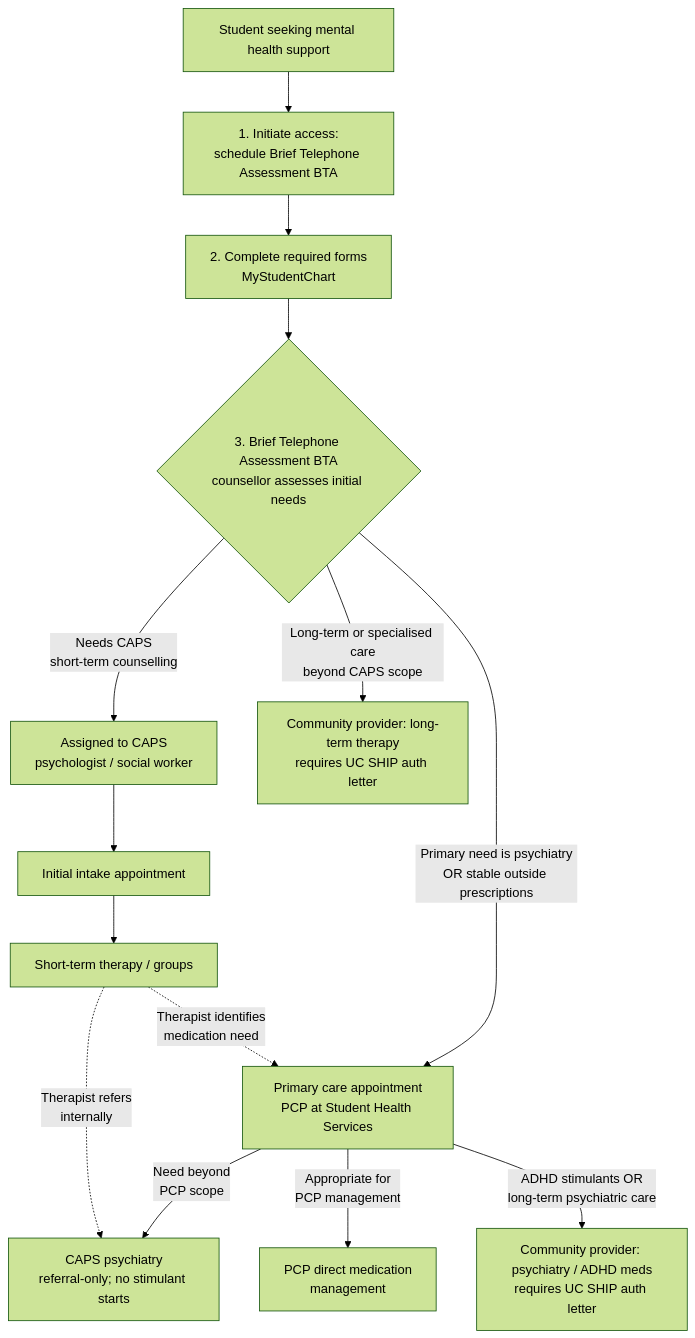
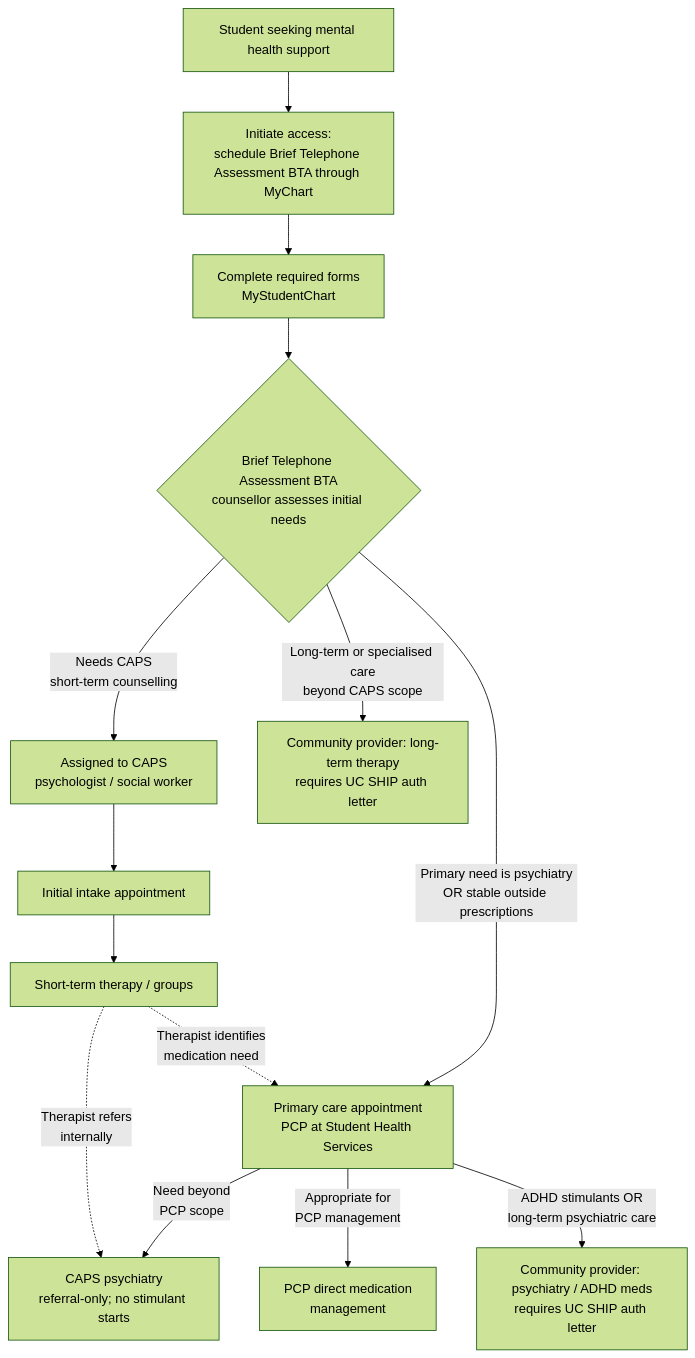
The diagram in docs/resources/health.md (pgc-ucsd/wiki), drawn with Mermaid (forest theme) before and after one commit. The commit also changed other lines of this file and 4 other files, not shown here.

````diff
--- a/docs/resources/health.md
+++ b/docs/resources/health.md
@@ -62,20 +59,20 @@
 ```mermaid
 graph TD
-    Start[Student seeking mental health support] --> Access[1. Initiate access:<br>schedule Brief Telephone Assessment BTA]
-    Access --> Forms[2. Complete required forms<br>MyStudentChart]
-    Forms --> BTA_Appt{3. Brief Telephone Assessment BTA<br>counsellor assesses initial needs}
+    Start[Student seeking mental health support] --> Access[Initiate access:<br>schedule Brief Telephone Assessment BTA through MyChart]
+    Access --> Forms[Complete required forms<br>MyStudentChart]
+    Forms --> BTA_Appt{Brief Telephone Assessment BTA<br>counsellor assesses initial needs}
 
     BTA_Appt -- Needs CAPS<br>short-term counselling --> CAPS_Counselor[Assigned to CAPS<br>psychologist / social worker]
     CAPS_Counselor --> Intake[Initial intake appointment]
     Intake --> Therapy[Short-term therapy / groups]
 
     Therapy -. Therapist identifies<br>medication need .-> SHS_PCP
     Therapy -. Therapist refers<br>internally .-> CAPS_Psychiatry
 
     BTA_Appt -- Primary need is psychiatry<br>OR stable outside prescriptions --> SHS_PCP[Primary care appointment<br>PCP at Student Health Services]
     SHS_PCP -- Need beyond<br>PCP scope --> CAPS_Psychiatry[CAPS psychiatry<br>referral-only; no stimulant starts]
     SHS_PCP -- Appropriate for<br>PCP management --> SHS_PCP_Care[PCP direct medication<br>management]
 
     BTA_Appt -- Long-term or specialised care<br>beyond CAPS scope --> Ext_Therapy[Community provider: long-term therapy<br>requires UC SHIP auth letter]
     SHS_PCP -- ADHD stimulants OR<br>long-term psychiatric care --> Ext_Psych[Community provider: psychiatry / ADHD meds<br>requires UC SHIP auth letter]
 ```
````
